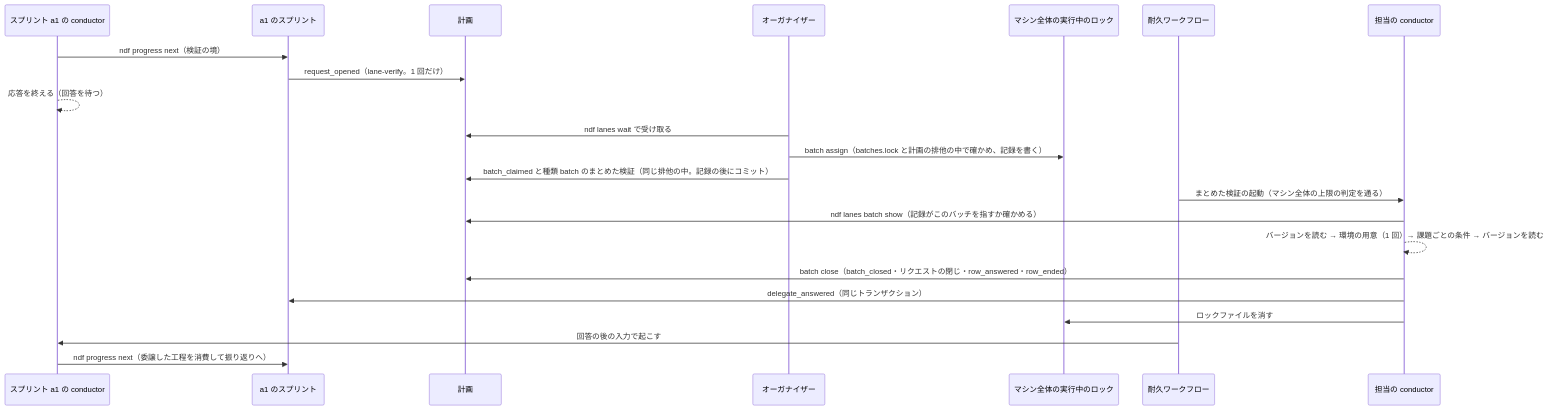
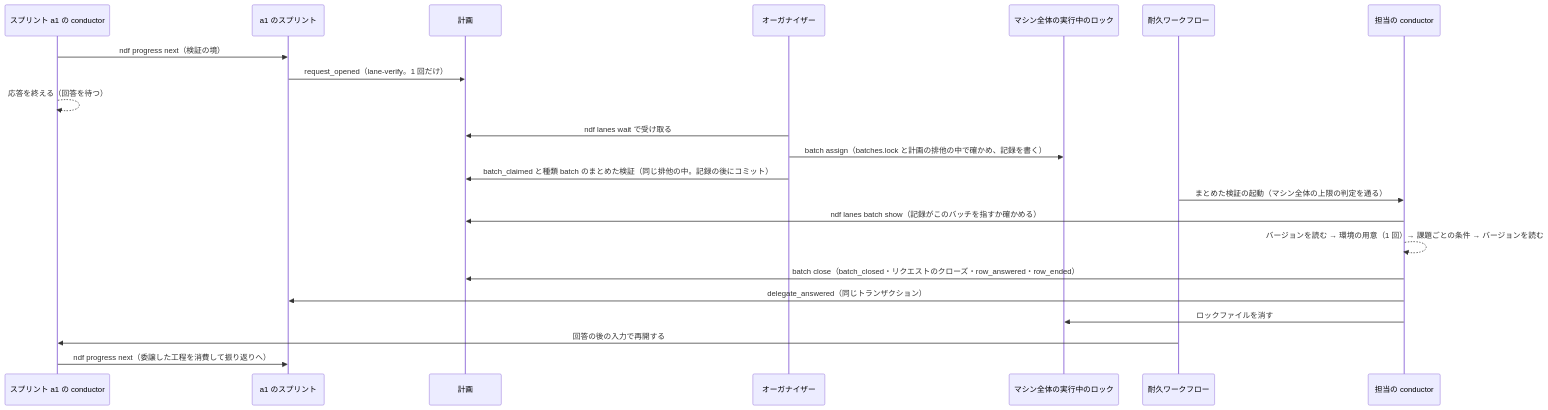
Before and after one commit to devbasex/ai-plugins: the third of 3 diagrams in issues/issue-4211-design.md, drawn with Mermaid. The commit also changed other lines of this file and 1 other file, not shown here.

````diff
--- a/issues/issue-4211-design.md
+++ b/issues/issue-4211-design.md
@@ -144,24 +144,24 @@
 ```mermaid
 sequenceDiagram
     participant A as スプリント a1 の conductor
     participant S as a1 のスプリント
     participant P as 計画
     participant O as オーガナイザー
     participant M as マシン全体の実行中のロック
     participant W as 耐久ワークフロー
     participant C as 担当の conductor
     A->>S: ndf progress next（検証の境）
     S->>P: request_opened（lane-verify。1 回だけ）
     A-->>A: 応答を終える（回答を待つ）
     O->>P: ndf lanes wait で受け取る
     O->>M: batch assign（batches.lock と計画の排他の中で確かめ、記録を書く）
     O->>P: batch_claimed と種類 batch のまとめた検証（同じ排他の中。記録の後にコミット）
     W->>C: まとめた検証の起動（マシン全体の上限の判定を通る）
     C->>P: ndf lanes batch show（記録がこのバッチを指すか確かめる）
     C-->>C: バージョンを読む → 環境の用意（1 回）→ 課題ごとの条件 → バージョンを読む
-    C->>P: batch close（batch_closed・リクエストの閉じ・row_answered・row_ended）
+    C->>P: batch close（batch_closed・リクエストのクローズ・row_answered・row_ended）
     C->>S: delegate_answered（同じトランザクション）
     C->>M: ロックファイルを消す
-    W->>A: 回答の後の入力で起こす
+    W->>A: 回答の後の入力で再開する
     A->>S: ndf progress next（委譲した工程を消費して振り返りへ）
 ```
````
